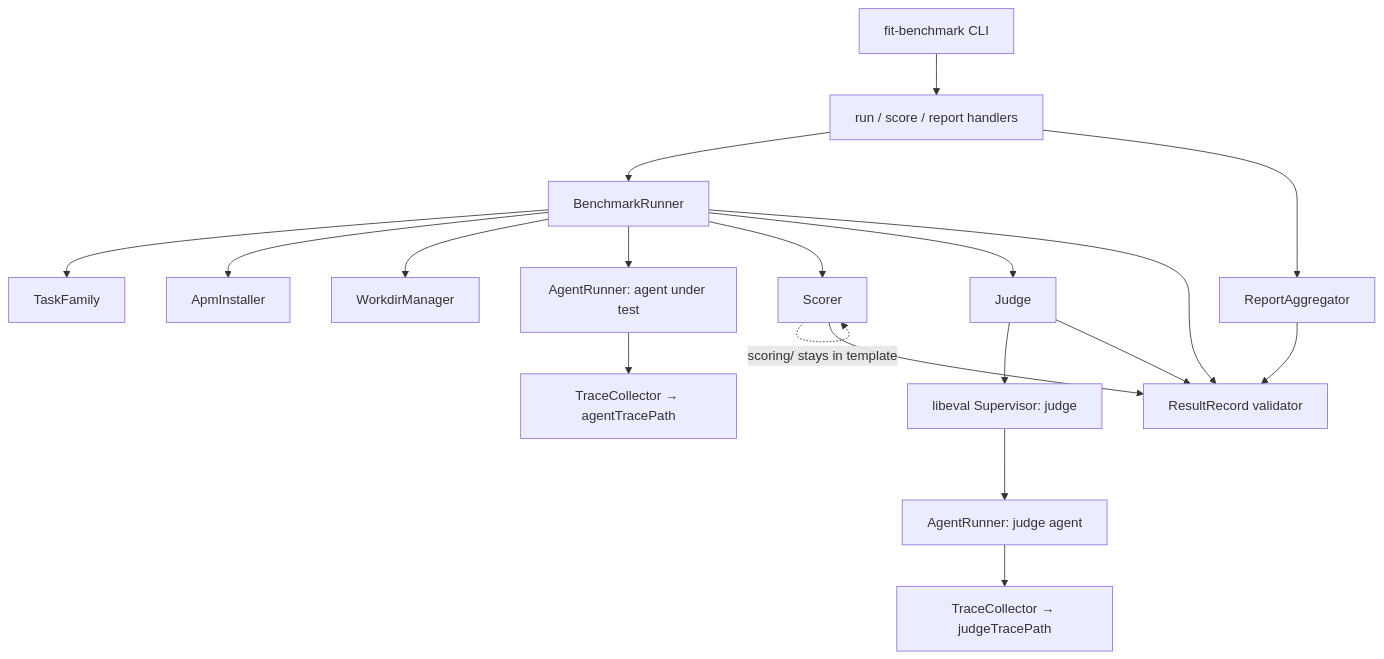
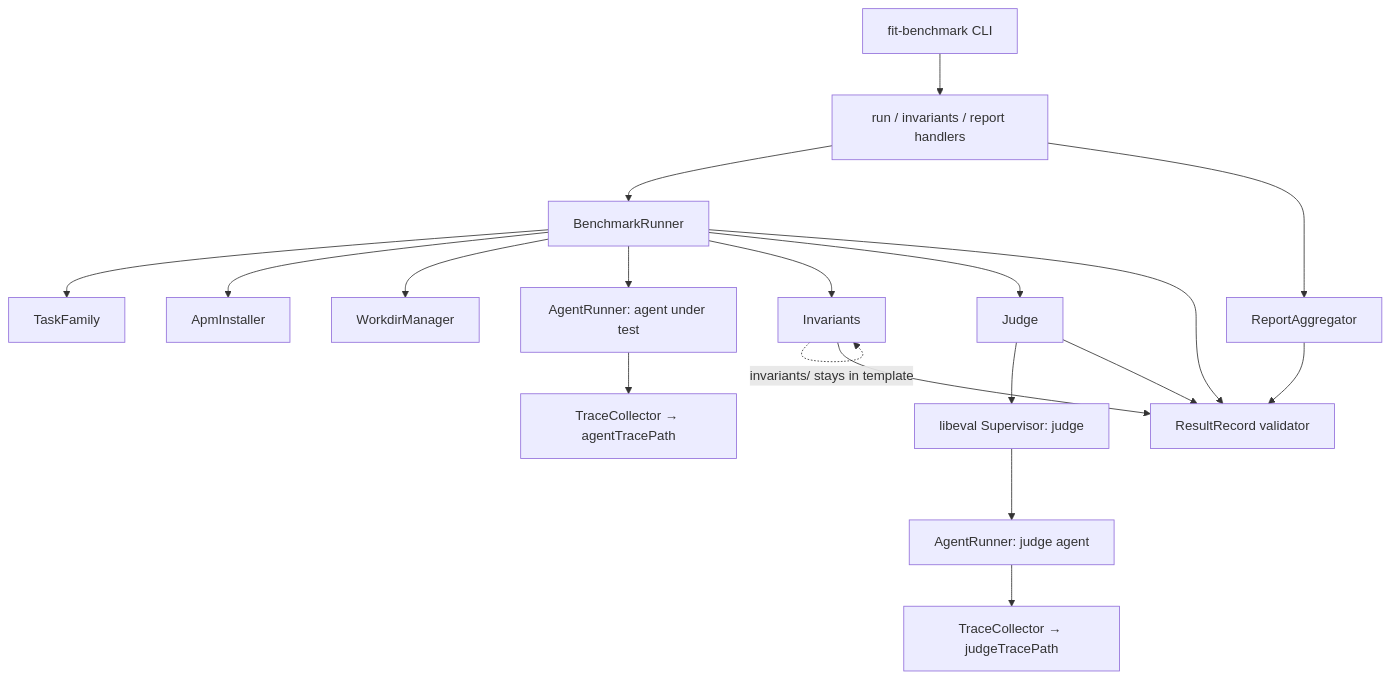
Before and after one commit to forwardimpact/monorepo: the first of 2 diagrams in specs/0870-fit-benchmark-coding-tasks/design-a.md, drawn with Mermaid. The commit also changed other lines of this file and 50 other files, not shown here.

````diff
--- a/specs/0870-fit-benchmark-coding-tasks/design-a.md
+++ b/specs/0870-fit-benchmark-coding-tasks/design-a.md
@@ -25,21 +25,21 @@
 ```mermaid
 graph TD
-  CLI[fit-benchmark CLI] --> CMD[run / score / report handlers]
+  CLI[fit-benchmark CLI] --> CMD[run / invariants / report handlers]
   CMD --> BR[BenchmarkRunner]
   BR --> TF[TaskFamily]
   BR --> AI[ApmInstaller]
   BR --> WM[WorkdirManager]
   BR --> AR1[AgentRunner: agent under test]
-  BR --> SC[Scorer]
+  BR --> SC[Invariants]
   BR --> JD[Judge]
   BR --> RR[ResultRecord validator]
   JD --> SV2[libeval Supervisor: judge]
   SV2 --> AR2[AgentRunner: judge agent]
   AR1 --> TC1[TraceCollector → agentTracePath]
   AR2 --> TC2[TraceCollector → judgeTracePath]
-  SC -. "scoring/ stays in template" .-> SC
+  SC -. "invariants/ stays in template" .-> SC
   SC --> RR
   JD --> RR
   CMD --> RA[ReportAggregator]
   RA --> RR
 ```
````
